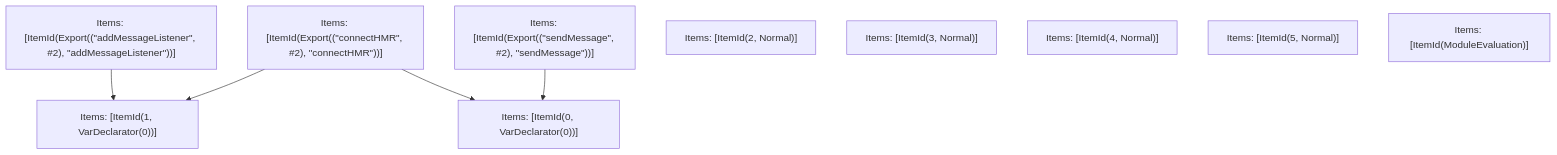
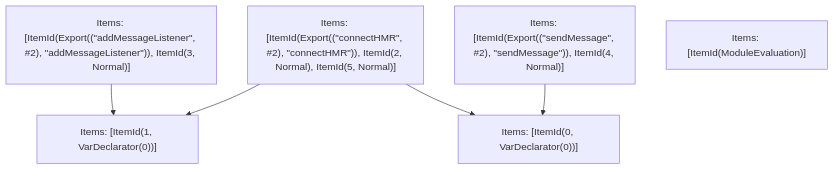
Before and after one commit to Sonar-UX-Testing-FreePlan/next.js: the fifth of 5 diagrams in turbopack/crates/turbopack-ecmascript/tests/tree-shaker/analyzer/failed-1/output.md, drawn with Mermaid. The commit also changed other lines of this file and 38 other files, not shown here.

````diff
--- a/turbopack/crates/turbopack-ecmascript/tests/tree-shaker/analyzer/failed-1/output.md
+++ b/turbopack/crates/turbopack-ecmascript/tests/tree-shaker/analyzer/failed-1/output.md
@@ -218,17 +218,13 @@
 ```mermaid
 graph TD
-    N0["Items: [ItemId(Export((&quot;addMessageListener&quot;, #2), &quot;addMessageListener&quot;))]"];
-    N1["Items: [ItemId(Export((&quot;connectHMR&quot;, #2), &quot;connectHMR&quot;))]"];
-    N2["Items: [ItemId(Export((&quot;sendMessage&quot;, #2), &quot;sendMessage&quot;))]"];
+    N0["Items: [ItemId(Export((&quot;addMessageListener&quot;, #2), &quot;addMessageListener&quot;)), ItemId(3, Normal)]"];
+    N1["Items: [ItemId(Export((&quot;connectHMR&quot;, #2), &quot;connectHMR&quot;)), ItemId(2, Normal), ItemId(5, Normal)]"];
+    N2["Items: [ItemId(Export((&quot;sendMessage&quot;, #2), &quot;sendMessage&quot;)), ItemId(4, Normal)]"];
     N3["Items: [ItemId(0, VarDeclarator(0))]"];
     N4["Items: [ItemId(1, VarDeclarator(0))]"];
-    N5["Items: [ItemId(2, Normal)]"];
-    N6["Items: [ItemId(3, Normal)]"];
-    N7["Items: [ItemId(4, Normal)]"];
-    N8["Items: [ItemId(5, Normal)]"];
-    N9["Items: [ItemId(ModuleEvaluation)]"];
+    N5["Items: [ItemId(ModuleEvaluation)]"];
     N2 --> N3;
     N1 --> N4;
     N1 --> N3;
     N0 --> N4;
 ```
````
